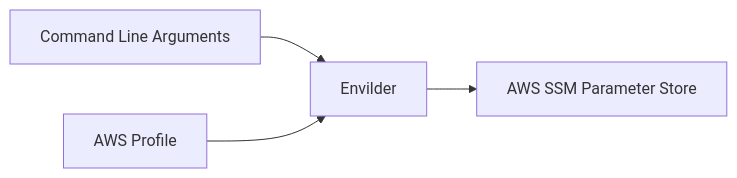
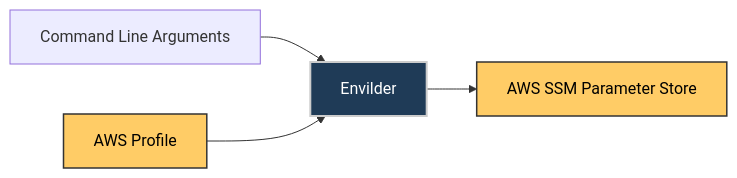
Before and after one commit to macalbert/envilder: the third of 3 diagrams in README.md, drawn with Mermaid. The commit also changed other lines of this file and 6 other files, not shown here.

````diff
--- a/README.md
+++ b/README.md
@@ -244,6 +247,9 @@
 ```mermaid
 graph LR
-  A[Command Line Arguments] --> B[Envilder]
-  C[AWS Profile] --> B
-  B --> D[AWS SSM Parameter Store]
+  A[Command Line Arguments] --> B[Envilder]:::core
+  C[AWS Profile]:::aws --> B
+  B --> D[AWS SSM Parameter Store]:::aws
+
+  classDef aws fill:#ffcc66,color:#000000,stroke:#333,stroke-width:1.5px;
+  classDef core fill:#1f3b57,color:#fff,stroke:#ccc,stroke-width:2px;  
 ```
````
